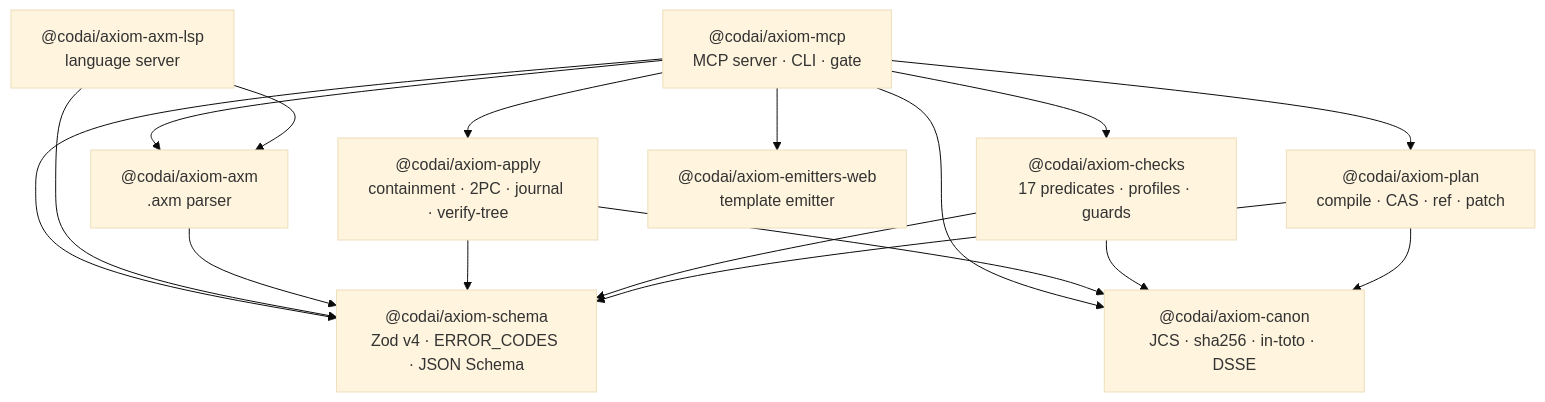
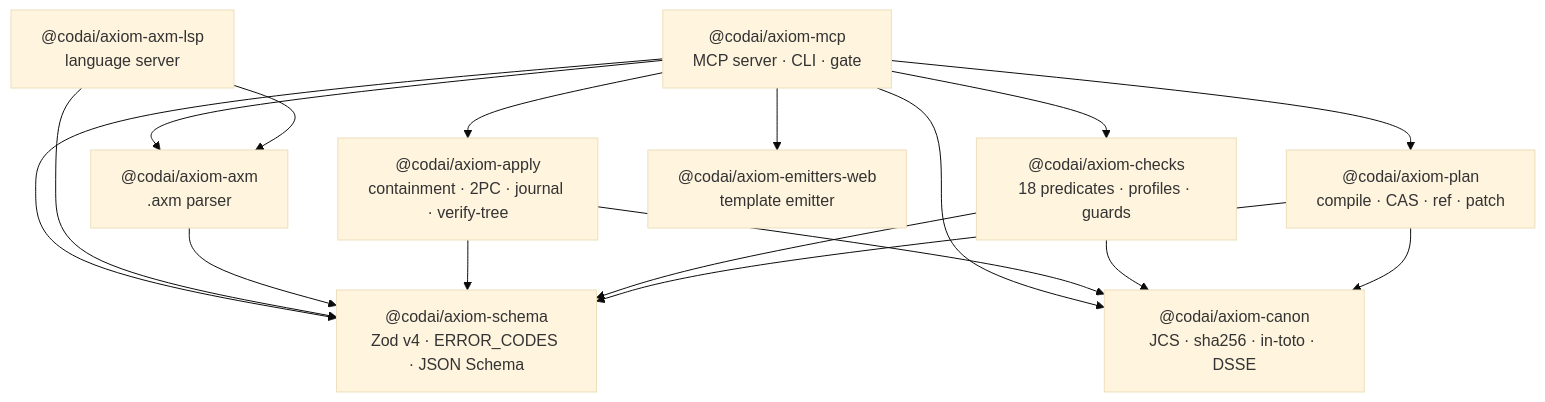
Before and after one commit to dragoscv/axiom: the second of 2 diagrams in README.md, drawn with Mermaid (base theme). The commit also changed other lines of this file and 23 other files, not shown here.

````diff
--- a/README.md
+++ b/README.md
@@ -186,18 +186,18 @@
 ```mermaid
 flowchart TB
   schema["@codai/axiom-schema<br/>Zod v4 · ERROR_CODES · JSON Schema"]
   canon["@codai/axiom-canon<br/>JCS · sha256 · in-toto · DSSE"]
   plan["@codai/axiom-plan<br/>compile · CAS · ref · patch"]
-  checks["@codai/axiom-checks<br/>17 predicates · profiles · guards"]
+  checks["@codai/axiom-checks<br/>18 predicates · profiles · guards"]
   apply["@codai/axiom-apply<br/>containment · 2PC · journal · verify-tree"]
   axm["@codai/axiom-axm<br/>.axm parser"]
   lsp["@codai/axiom-axm-lsp<br/>language server"]
   web["@codai/axiom-emitters-web<br/>template emitter"]
   mcp["@codai/axiom-mcp<br/>MCP server · CLI · gate"]
   plan --> schema & canon
   checks --> schema & canon
   apply --> schema & canon
   axm --> schema
   lsp --> axm & schema
   mcp --> plan & checks & apply & axm & web & canon & schema
 ```
````
